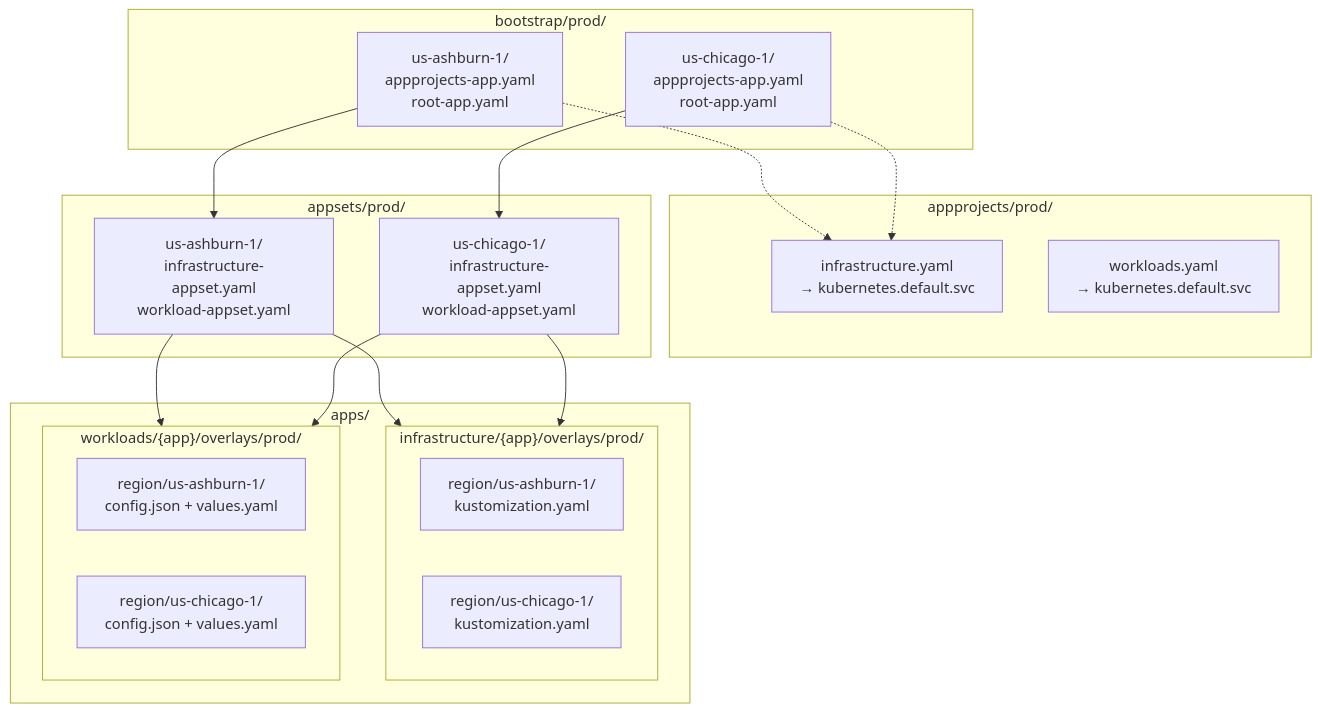
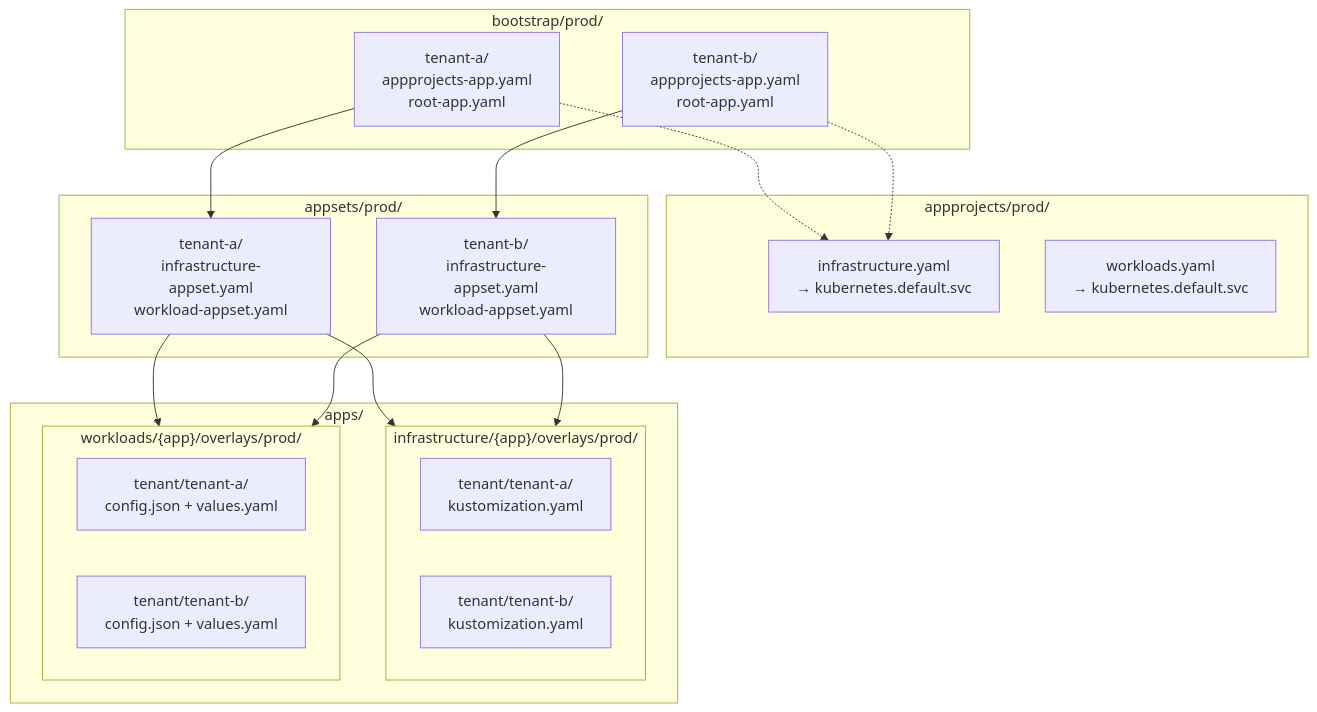
Before and after one commit to schmhj/cluster-config: the diagram in plans/tenant-deployment-strategy.md, drawn with Mermaid. The commit also changed other lines of this file and 11 other files, not shown here.

Commit message:
refactor: migrate cluster-config deployment strategy from region-based to tenant-based isolation

````diff
--- a/plans/tenant-deployment-strategy.md
+++ b/plans/tenant-deployment-strategy.md
@@ -289,37 +289,37 @@
 ```mermaid
 flowchart TD
     subgraph Bootstrap["bootstrap/prod/"]
-        B1["us-ashburn-1/<br/>appprojects-app.yaml<br/>root-app.yaml"]
-        B2["us-chicago-1/<br/>appprojects-app.yaml<br/>root-app.yaml"]
+        B1["tenant-a/<br/>appprojects-app.yaml<br/>root-app.yaml"]
+        B2["tenant-b/<br/>appprojects-app.yaml<br/>root-app.yaml"]
     end
 
     subgraph AppProjects["appprojects/prod/"]
         IP["infrastructure.yaml<br/>→ kubernetes.default.svc"]
         WP["workloads.yaml<br/>→ kubernetes.default.svc"]
     end
 
     subgraph AppSets["appsets/prod/"]
-        ASH1["us-ashburn-1/<br/>infrastructure-appset.yaml<br/>workload-appset.yaml"]
-        ASH2["us-chicago-1/<br/>infrastructure-appset.yaml<br/>workload-appset.yaml"]
+        ASH1["tenant-a/<br/>infrastructure-appset.yaml<br/>workload-appset.yaml"]
+        ASH2["tenant-b/<br/>infrastructure-appset.yaml<br/>workload-appset.yaml"]
     end
 
     subgraph Apps["apps/"]
         subgraph Infra["infrastructure/{app}/overlays/prod/"]
-            R1["region/us-ashburn-1/<br/>kustomization.yaml"]
-            R2["region/us-chicago-1/<br/>kustomization.yaml"]
+            R1["tenant/tenant-a/<br/>kustomization.yaml"]
+            R2["tenant/tenant-b/<br/>kustomization.yaml"]
         end
         subgraph WL["workloads/{app}/overlays/prod/"]
-            W1["region/us-ashburn-1/<br/>config.json + values.yaml"]
-            W2["region/us-chicago-1/<br/>config.json + values.yaml"]
+            W1["tenant/tenant-a/<br/>config.json + values.yaml"]
+            W2["tenant/tenant-b/<br/>config.json + values.yaml"]
         end
     end
 
     B1 --> ASH1
     B2 --> ASH2
     B1 -.-> IP
     B2 -.-> IP
     ASH1 --> Infra
     ASH1 --> WL
     ASH2 --> Infra
     ASH2 --> WL
 ```
````
